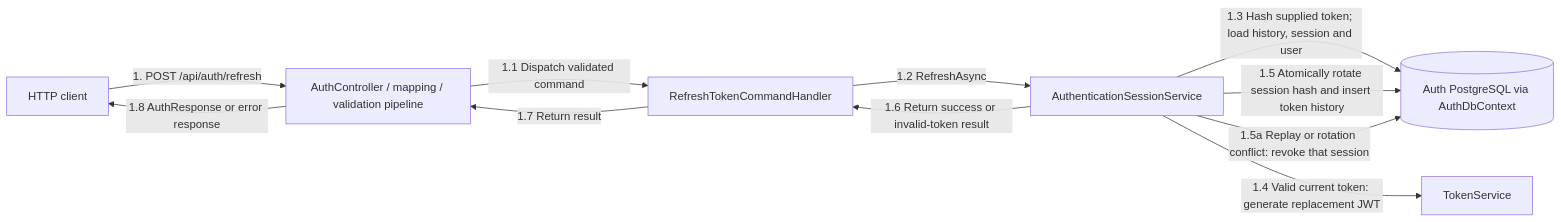
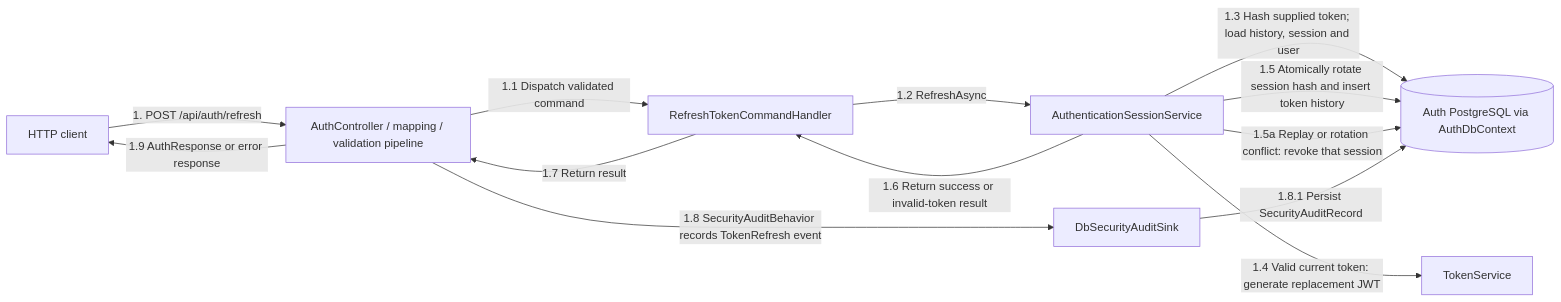
One commit to bogdan-spilevoi/ASET-master-year-1 changed the fourth of 5 diagrams in src/Services/Auth/COMMUNICATION.md. Above: the diagram before and after it, drawn with Mermaid. The commit also changed other lines of this file and 3 other files, not shown here.

Commit message:
docs(auth): document security audit pipeline

````diff
--- a/src/Services/Auth/COMMUNICATION.md
+++ b/src/Services/Auth/COMMUNICATION.md
@@ -44,20 +84,23 @@
 ```mermaid
 flowchart LR
     Client["HTTP client"]
     API["AuthController / mapping / validation pipeline"]
     Handler["RefreshTokenCommandHandler"]
     Session["AuthenticationSessionService"]
     Tokens["TokenService"]
+    AuditSink["DbSecurityAuditSink"]
     DB[("Auth PostgreSQL via AuthDbContext")]
 
     Client -->|"1. POST /api/auth/refresh"| API
     API -->|"1.1 Dispatch validated command"| Handler
     Handler -->|"1.2 RefreshAsync"| Session
     Session -->|"1.3 Hash supplied token; load history, session and user"| DB
     Session -->|"1.4 Valid current token: generate replacement JWT"| Tokens
     Session -->|"1.5 Atomically rotate session hash and insert token history"| DB
     Session -->|"1.5a Replay or rotation conflict: revoke that session"| DB
     Session -->|"1.6 Return success or invalid-token result"| Handler
     Handler -->|"1.7 Return result"| API
-    API -->|"1.8 AuthResponse or error response"| Client
+    API -->|"1.8 SecurityAuditBehavior records TokenRefresh event"| AuditSink
+    AuditSink -->|"1.8.1 Persist SecurityAuditRecord"| DB
+    API -->|"1.9 AuthResponse or error response"| Client
 ```
````
